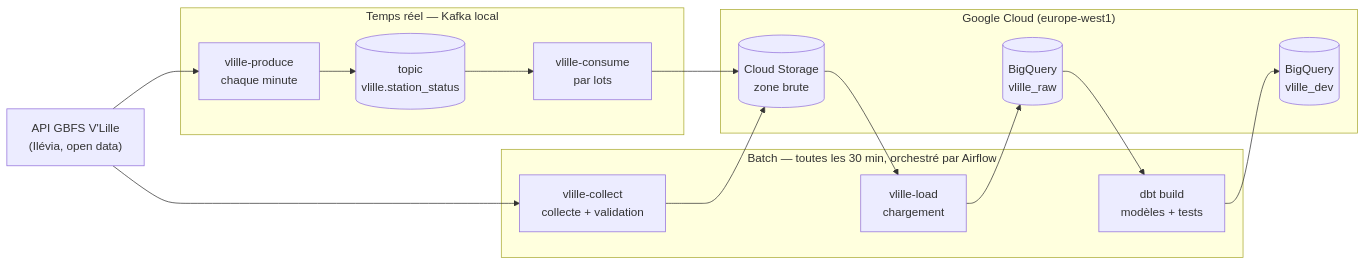
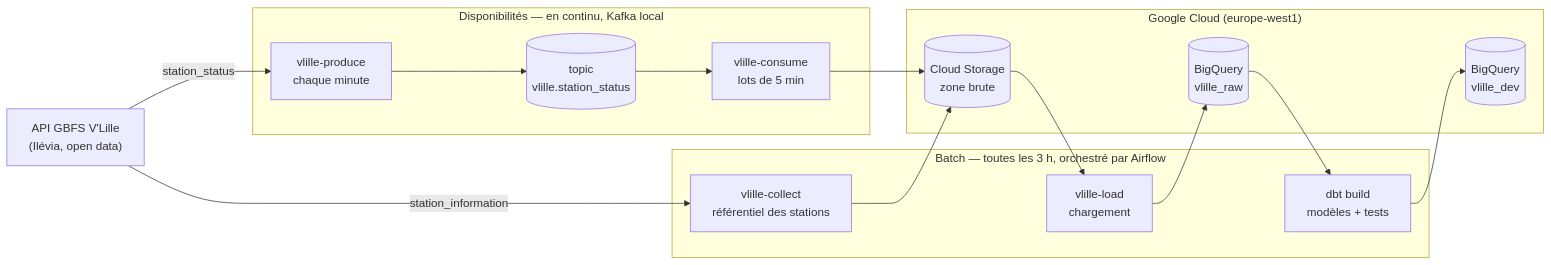
The diagram in README.md (Tiffado/vlille-data-pipeline), drawn with Mermaid before and after one commit. The commit also changed other lines of this file and 28 other files, not shown here.

First line of the commit message:
Fait de Kafka la seule source des disponibilités des stations

````diff
--- a/README.md
+++ b/README.md
@@ -15,27 +15,26 @@
 ```mermaid
 flowchart LR
     API["API GBFS V'Lille<br/>(Ilévia, open data)"]
 
-    subgraph Batch["Batch — toutes les 30 min, orchestré par Airflow"]
-        COLLECT["vlille-collect<br/>collecte + validation"]
+    subgraph Streaming["Disponibilités — en continu, Kafka local"]
+        PRODUCE["vlille-produce<br/>chaque minute"]
+        TOPIC[("topic<br/>vlille.station_status")]
+        CONSUME["vlille-consume<br/>lots de 5 min"]
+    end
+
+    subgraph Batch["Batch — toutes les 3 h, orchestré par Airflow"]
+        COLLECT["vlille-collect<br/>référentiel des stations"]
         LOAD["vlille-load<br/>chargement"]
         DBT["dbt build<br/>modèles + tests"]
-    end
-
-    subgraph Streaming["Temps réel — Kafka local"]
-        PRODUCE["vlille-produce<br/>chaque minute"]
-        TOPIC[("topic<br/>vlille.station_status")]
-        CONSUME["vlille-consume<br/>par lots"]
     end
 
     subgraph GCP["Google Cloud (europe-west1)"]
         GCS[("Cloud Storage<br/>zone brute")]
         RAW[("BigQuery<br/>vlille_raw")]
         DEV[("BigQuery<br/>vlille_dev")]
     end
 
-    API --> COLLECT --> GCS
-    GCS --> LOAD --> RAW
-    RAW --> DBT --> DEV
-    API --> PRODUCE --> TOPIC --> CONSUME --> GCS
+    API -- station_status --> PRODUCE --> TOPIC --> CONSUME --> GCS
+    API -- station_information --> COLLECT --> GCS
+    GCS --> LOAD --> RAW --> DBT --> DEV
 ```
````
